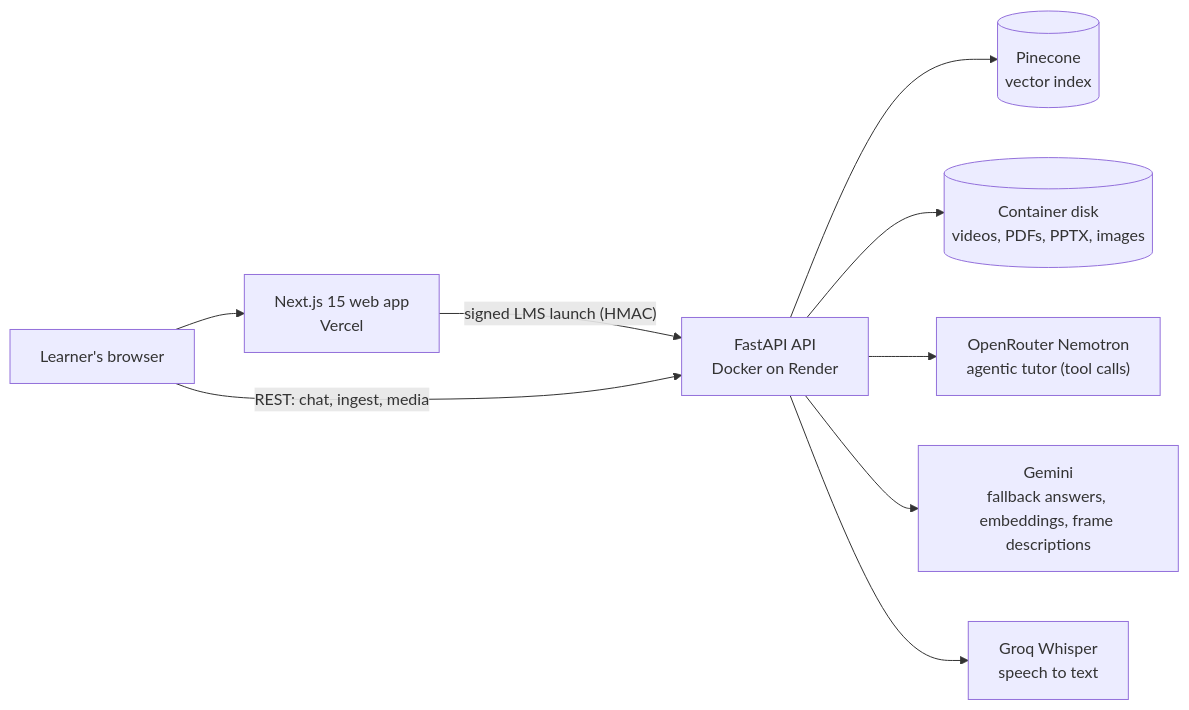
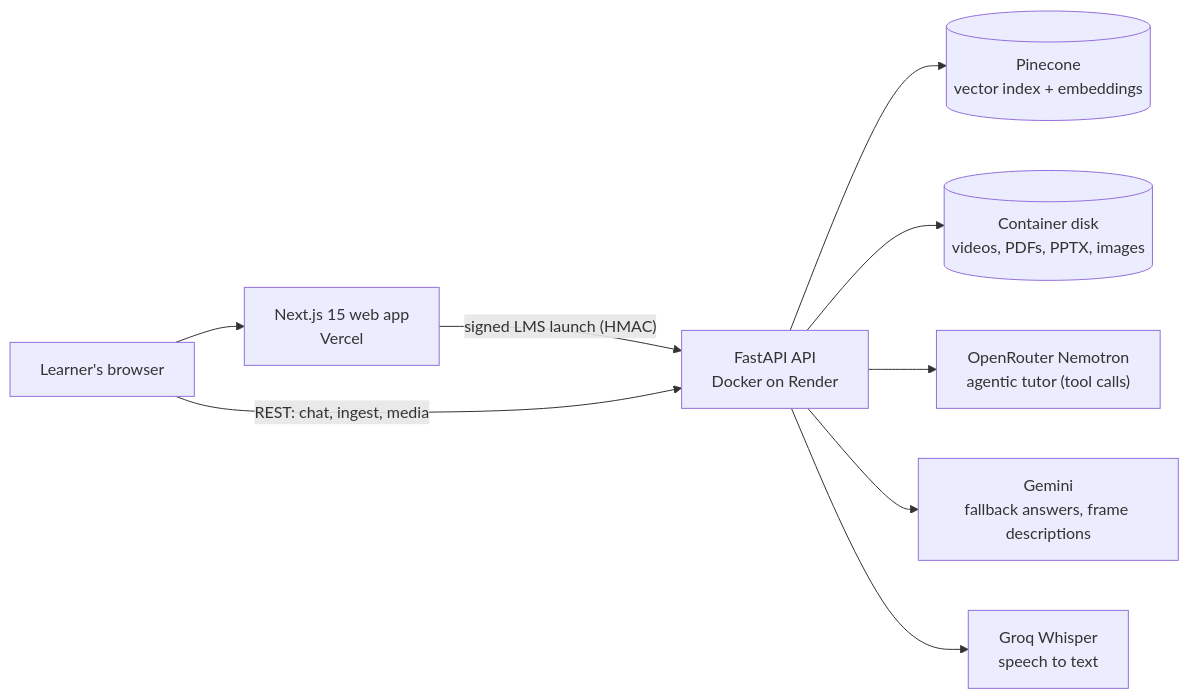
The diagram in README.md (Nanu69-batman/ailearn), drawn with Mermaid before and after one commit. The commit also changed other lines of this file and 16 other files, not shown here.

First line of the commit message:
﻿feat(api): Pinecone Inference embeddings and merged chunks

````diff
--- a/README.md
+++ b/README.md
@@ -90,11 +90,11 @@
 ```mermaid
 flowchart LR
   U["Learner's browser"] --> W["Next.js 15 web app<br/>Vercel"]
   W -->|"signed LMS launch (HMAC)"| A
   U -->|"REST: chat, ingest, media"| A["FastAPI API<br/>Docker on Render"]
-  A --> V[("Pinecone<br/>vector index")]
+  A --> V[("Pinecone<br/>vector index + embeddings")]
   A --> S[("Container disk<br/>videos, PDFs, PPTX, images")]
   A --> O["OpenRouter Nemotron<br/>agentic tutor (tool calls)"]
-  A --> G["Gemini<br/>fallback answers, embeddings, frame descriptions"]
+  A --> G["Gemini<br/>fallback answers, frame descriptions"]
   A --> Q["Groq Whisper<br/>speech to text"]
 ```
````
